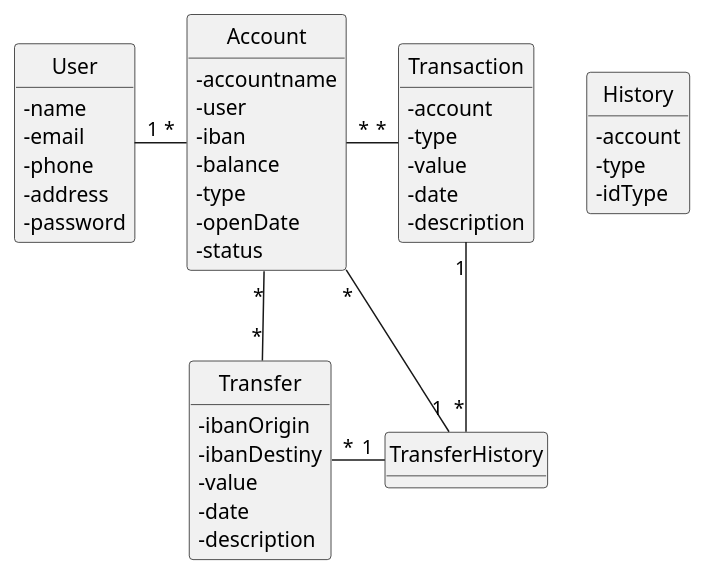
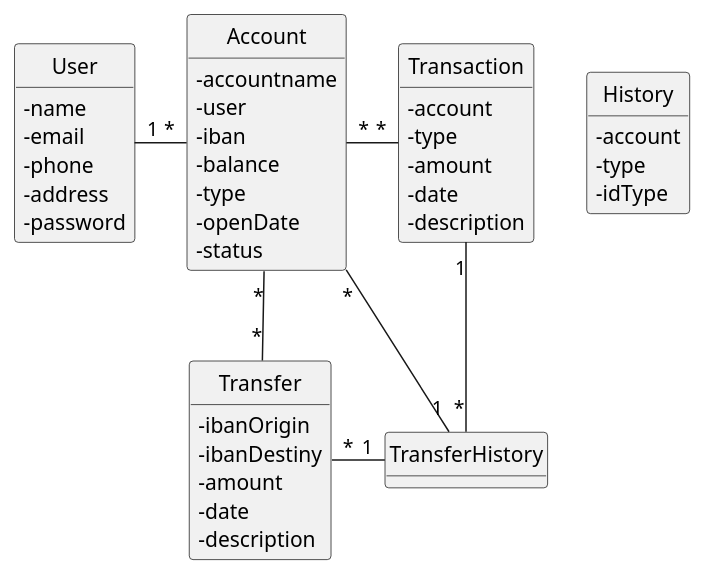
One commit to mpoboas/natwise changed the diagram in docs/DomainModel.puml. Above: the diagram before and after it, drawn with PlantUML. The commit also changed 4 other files, not shown here.

```diff
--- a/docs/DomainModel.puml
+++ b/docs/DomainModel.puml
@@ -1,54 +1,54 @@
 @startuml DomainModel
 'https://plantuml.com/class-diagram
 skinparam classAttributeIconSize 0
 hide circle
 hide methods
 
 class User {
     - name
     - email 
     - phone
     - address
     - password
 }
 
 class Account {
     - accountname
     - user
     - iban
     - balance
     - type
     - openDate
     - status
 }
 
 class Transfer {
     - ibanOrigin
     - ibanDestiny
-    - value
+    - amount
     - date
     - description
 }
 
 class Transaction {
     - account
     - type
-    - value
+    - amount
     - date
     - description
 }
 
 class History {
     - account
     - type
     - idType
 }
 
 User "1"-"*" Account
 Account "*"-"*" Transfer
 Account "*"-"1" TransferHistory
 Transfer "*"-"1" TransferHistory
 Account "*"-"*" Transaction
 Transaction "1"-d-"*" TransferHistory
 
 @enduml
```
